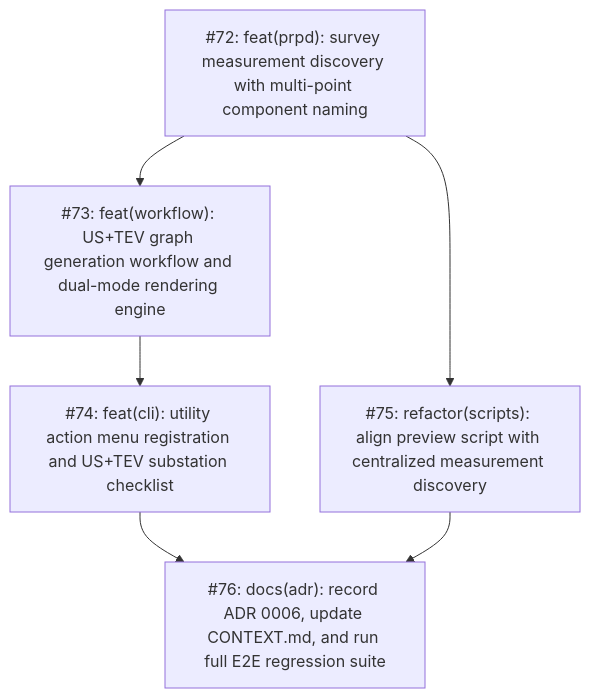
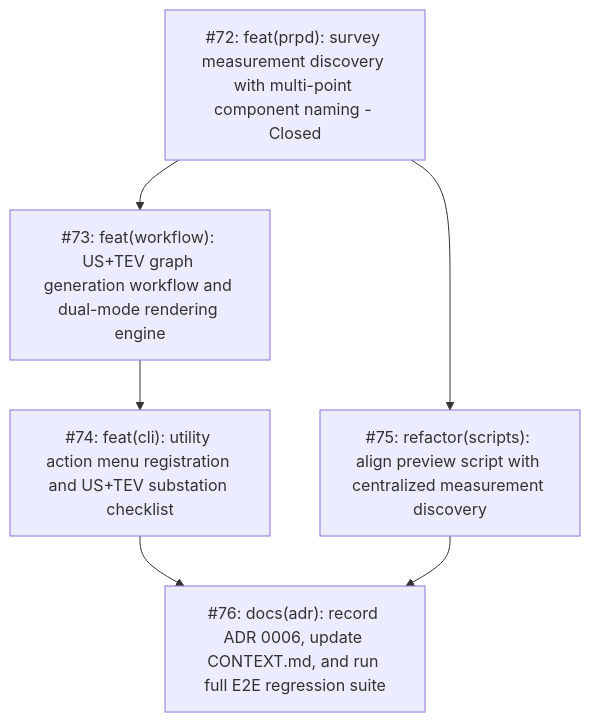
One commit to adamlarGit/pahang-cli changed the diagram in .wayfinder/generate-us-tev-survey-graphs/map.md. Above: the diagram before and after it, drawn with Mermaid. The commit also changed other lines of this file and 1 other file, not shown here.

Commit message:
docs(tickets): close ticket #72 in local map and ticket file

````diff
--- a/.wayfinder/generate-us-tev-survey-graphs/map.md
+++ b/.wayfinder/generate-us-tev-survey-graphs/map.md
@@ -32,14 +32,14 @@
 ```mermaid
 graph TD
-    T72["#72: feat(prpd): survey measurement discovery with multi-point component naming"]
+    T72["#72: feat(prpd): survey measurement discovery with multi-point component naming - Closed"]
     T73["#73: feat(workflow): US+TEV graph generation workflow and dual-mode rendering engine"]
     T74["#74: feat(cli): utility action menu registration and US+TEV substation checklist"]
     T75["#75: refactor(scripts): align preview script with centralized measurement discovery"]
     T76["#76: docs(adr): record ADR 0006, update CONTEXT.md, and run full E2E regression suite"]
 
     T72 --> T73
     T73 --> T74
     T72 --> T75
     T74 --> T76
     T75 --> T76
 ```
````
